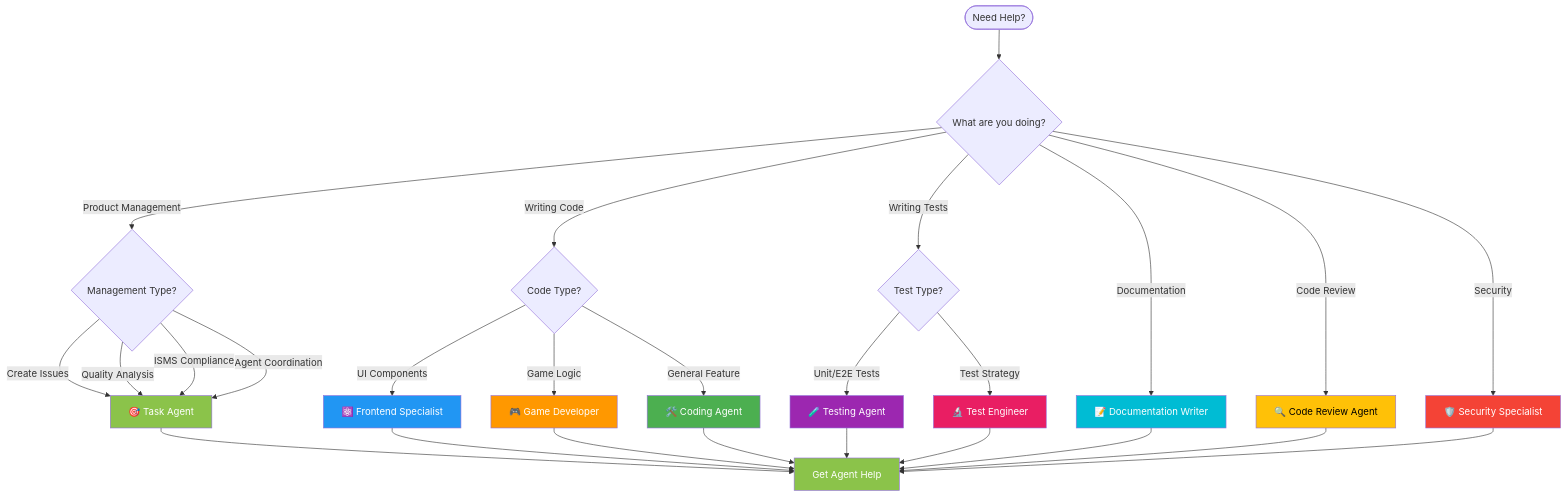
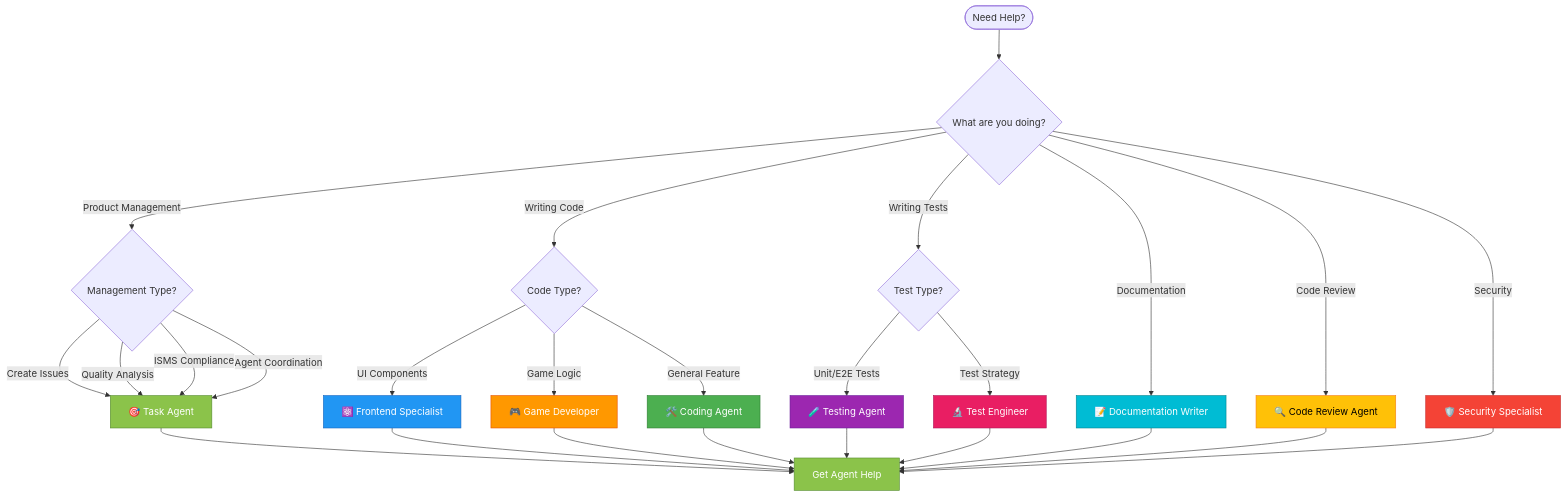
One commit to Hack23/blacktrigram changed the third of 4 diagrams in .github/agents/README.md. Above: the diagram before and after it, drawn with Mermaid. The commit also changed other lines of this file, not shown here.

Commit message:
Update README with Environment & Configuration section and improved mermaid diagrams

````diff
--- a/.github/agents/README.md
+++ b/.github/agents/README.md
@@ -252,44 +333,44 @@
 ```mermaid
 flowchart TD
     Start([Need Help?]) --> Type{What are you doing?}
     
     Type -->|Product Management| Management{Management Type?}
     Management -->|Create Issues| TaskAgent[🎯 Task Agent]
     Management -->|Quality Analysis| TaskAgent
     Management -->|ISMS Compliance| TaskAgent
     Management -->|Agent Coordination| TaskAgent
     
     Type -->|Writing Code| Code{Code Type?}
     Code -->|UI Components| Frontend[⚛️ Frontend Specialist]
     Code -->|Game Logic| Game[🎮 Game Developer]
     Code -->|General Feature| Coding[🛠️ Coding Agent]
     
     Type -->|Writing Tests| TestType{Test Type?}
     TestType -->|Unit/E2E Tests| Testing[🧪 Testing Agent]
     TestType -->|Test Strategy| TestEng[🔬 Test Engineer]
     
     Type -->|Documentation| Docs[📝 Documentation Writer]
     Type -->|Code Review| Review[🔍 Code Review Agent]
     Type -->|Security| Security[🛡️ Security Specialist]
     
     TaskAgent --> Action[Get Agent Help]
     Frontend --> Action
     Game --> Action
     Coding --> Action
     Testing --> Action
     TestEng --> Action
     Docs --> Action
     Review --> Action
     Security --> Action
     
-    style TaskAgent fill:#8BC34A,color:#fff
-    style Frontend fill:#2196F3,color:#fff
-    style Game fill:#FF9800,color:#fff
-    style Coding fill:#4CAF50,color:#fff
-    style Testing fill:#9C27B0,color:#fff
-    style TestEng fill:#E91E63,color:#fff
-    style Docs fill:#00BCD4,color:#fff
-    style Review fill:#FFC107,color:#000
-    style Security fill:#F44336,color:#fff
-    style Action fill:#8BC34A,color:#fff
+    style TaskAgent fill:#8BC34A,stroke:#558B2F,color:#fff
+    style Frontend fill:#2196F3,stroke:#1565C0,color:#fff
+    style Game fill:#FF9800,stroke:#E65100,color:#fff
+    style Coding fill:#4CAF50,stroke:#2E7D32,color:#fff
+    style Testing fill:#9C27B0,stroke:#6A1B9A,color:#fff
+    style TestEng fill:#E91E63,stroke:#AD1457,color:#fff
+    style Docs fill:#00BCD4,stroke:#00838F,color:#fff
+    style Review fill:#FFC107,stroke:#F57F17,color:#000
+    style Security fill:#F44336,stroke:#C62828,color:#fff
+    style Action fill:#8BC34A,stroke:#558B2F,color:#fff
 ```
````
